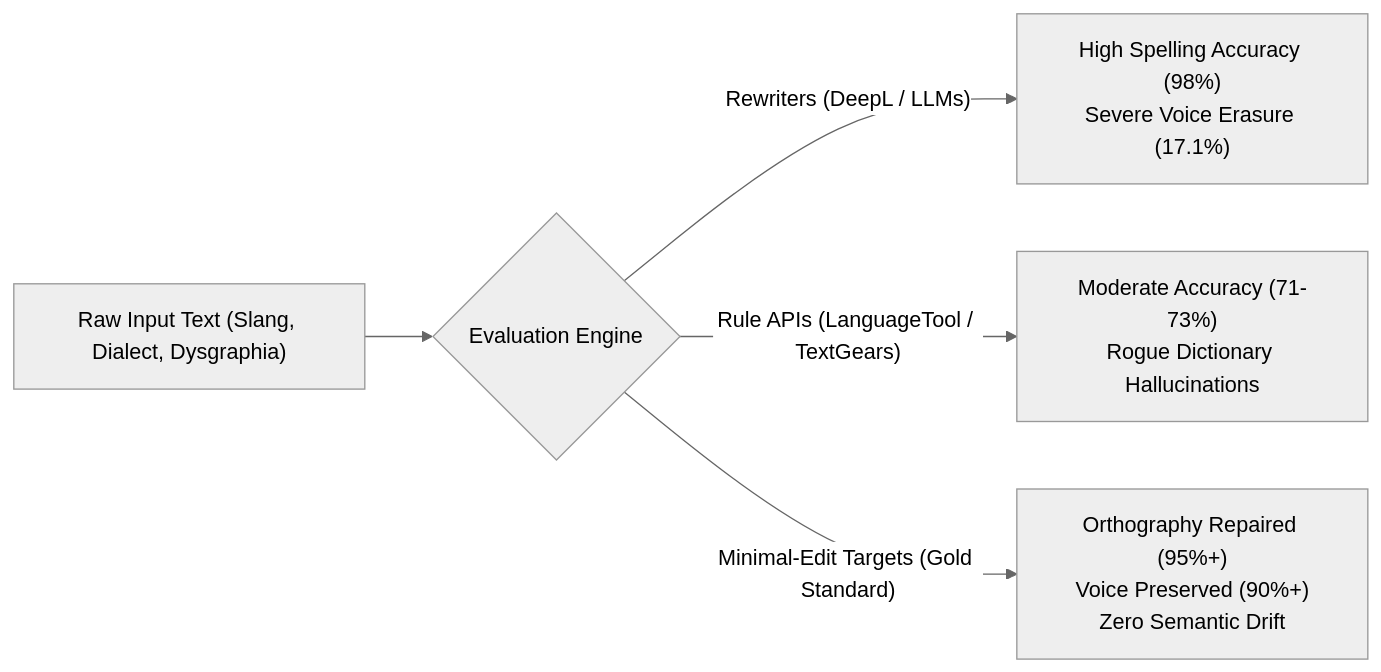
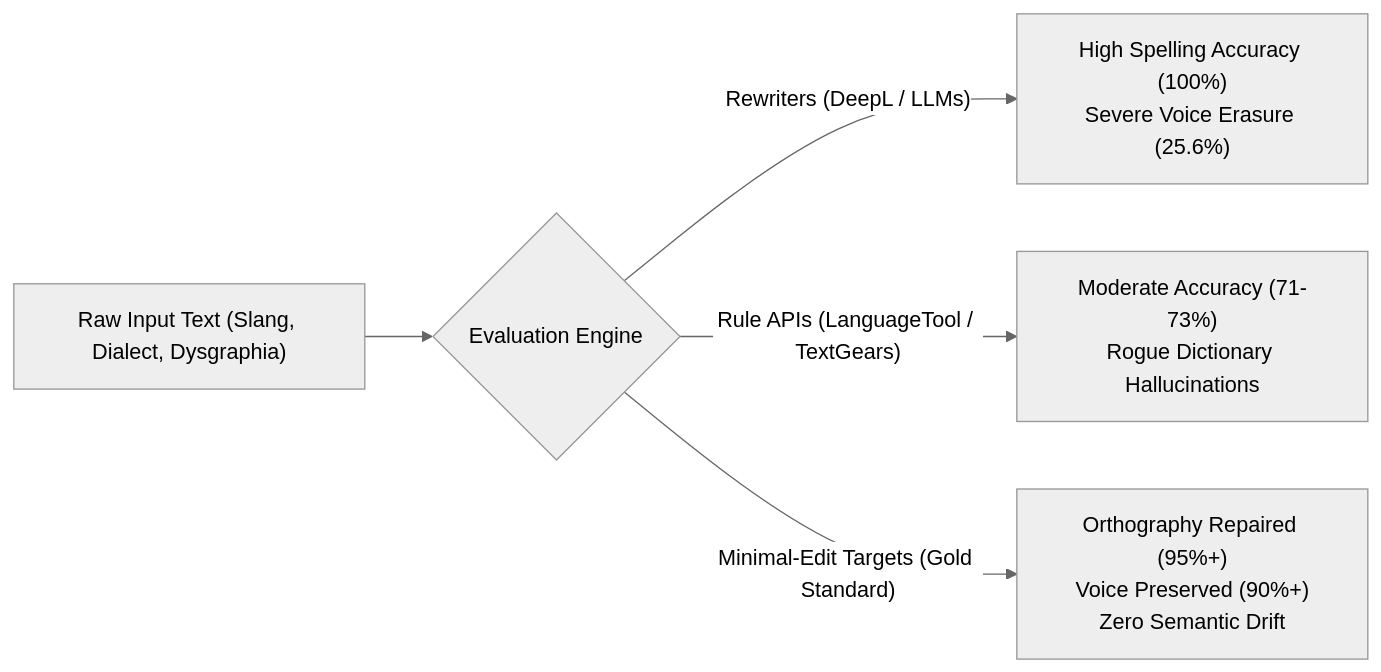
The first of 2 diagrams in ROADMAP.md (IBIYP/voice-preserving-ai-spellcheck-benchmark), drawn with Mermaid (neutral theme) before and after one commit. The commit also changed other lines of this file and 18 other files, not shown here.

````diff
--- a/ROADMAP.md
+++ b/ROADMAP.md
@@ -15,7 +15,7 @@
 ```mermaid
 flowchart LR
     A["Raw Input Text (Slang, Dialect, Dysgraphia)"] --> B{"Evaluation Engine"}
-    B -->|"Rewriters (DeepL / LLMs)"| C["High Spelling Accuracy (98%)<br>Severe Voice Erasure (17.1%)"]
+    B -->|"Rewriters (DeepL / LLMs)"| C["High Spelling Accuracy (100%)<br>Severe Voice Erasure (25.6%)"]
     B -->|"Rule APIs (LanguageTool / TextGears)"| D["Moderate Accuracy (71-73%)<br>Rogue Dictionary Hallucinations"]
     B -->|"Minimal-Edit Targets (Gold Standard)"| E["Orthography Repaired (95%+)<br>Voice Preserved (90%+)<br>Zero Semantic Drift"]
 ```
````
